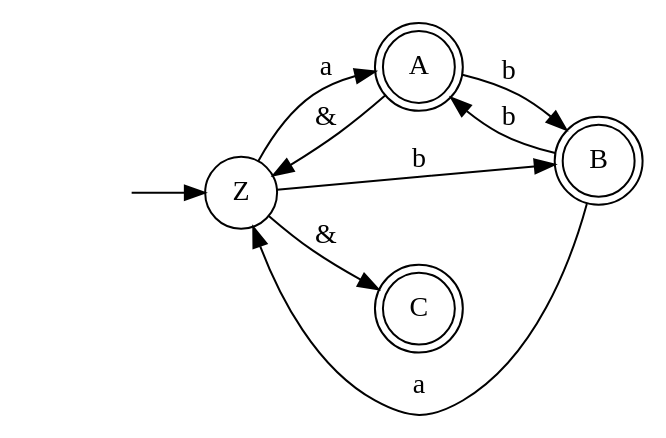
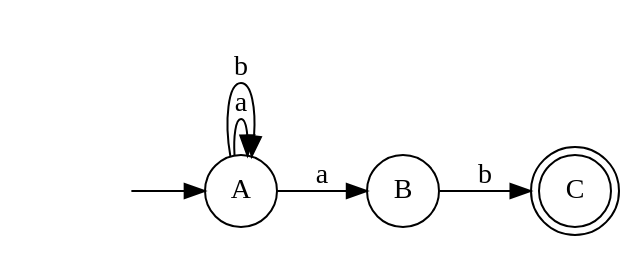
One commit to JackyThePro/ALE changed the diagram in ALE2/ALE2/bin/Debug/GenerateAutomata.dot. Above: the diagram before and after it, drawn with Graphviz. The commit also changed 19 other files, not shown here.

```diff
--- a/ALE2/ALE2/bin/Debug/GenerateAutomata.dot
+++ b/ALE2/ALE2/bin/Debug/GenerateAutomata.dot
@@ -1,17 +1,13 @@
 digraph myAutomaton {
   rankdir=LR;
 "" [shape=none]
-"Z" [shape=circle]
-"A" [shape=doublecircle]
-"B" [shape=doublecircle]
+"A" [shape=circle]
+"B" [shape=circle]
 "C" [shape=doublecircle]
 
-"" -> "Z"
-"Z" -> "A"[label="a"]
-"Z" -> "C"[label="&"]
-"Z" -> "B"[label="b"]
-"A" -> "Z"[label="&"]
-"A" -> "B"[label="b"]
-"B" -> "A"[label="b"]
-"B" -> "Z"[label="a"]
+"" -> "A"
+"A" -> "A"[label="a"]
+"A" -> "A"[label="b"]
+"A" -> "B"[label="a"]
+"B" -> "C"[label="b"]
 }
```
